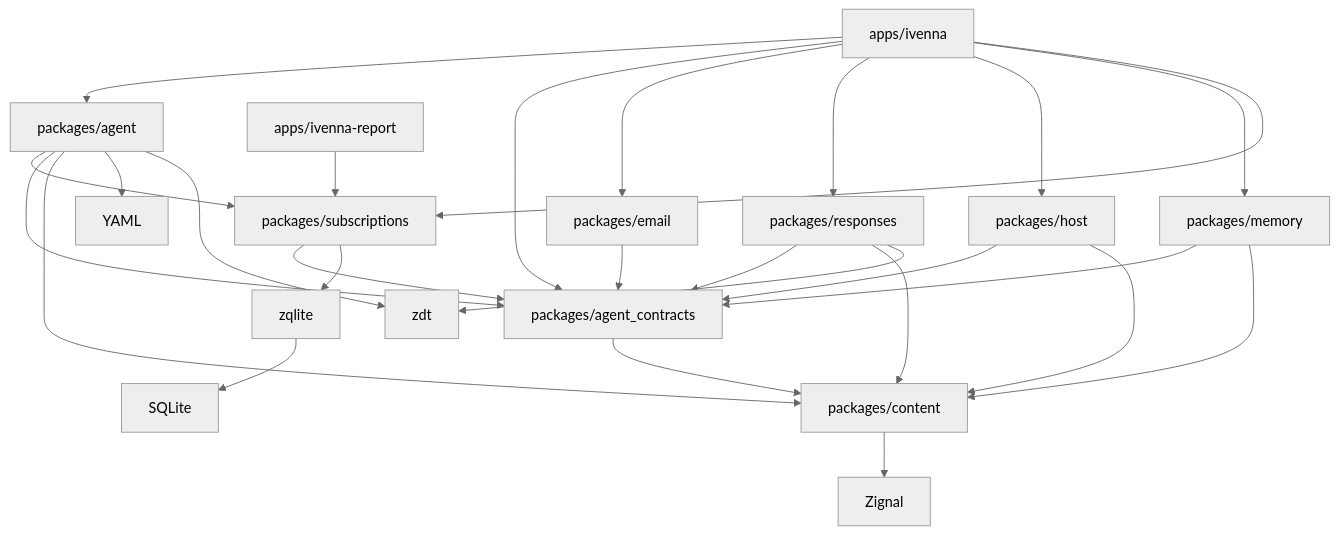
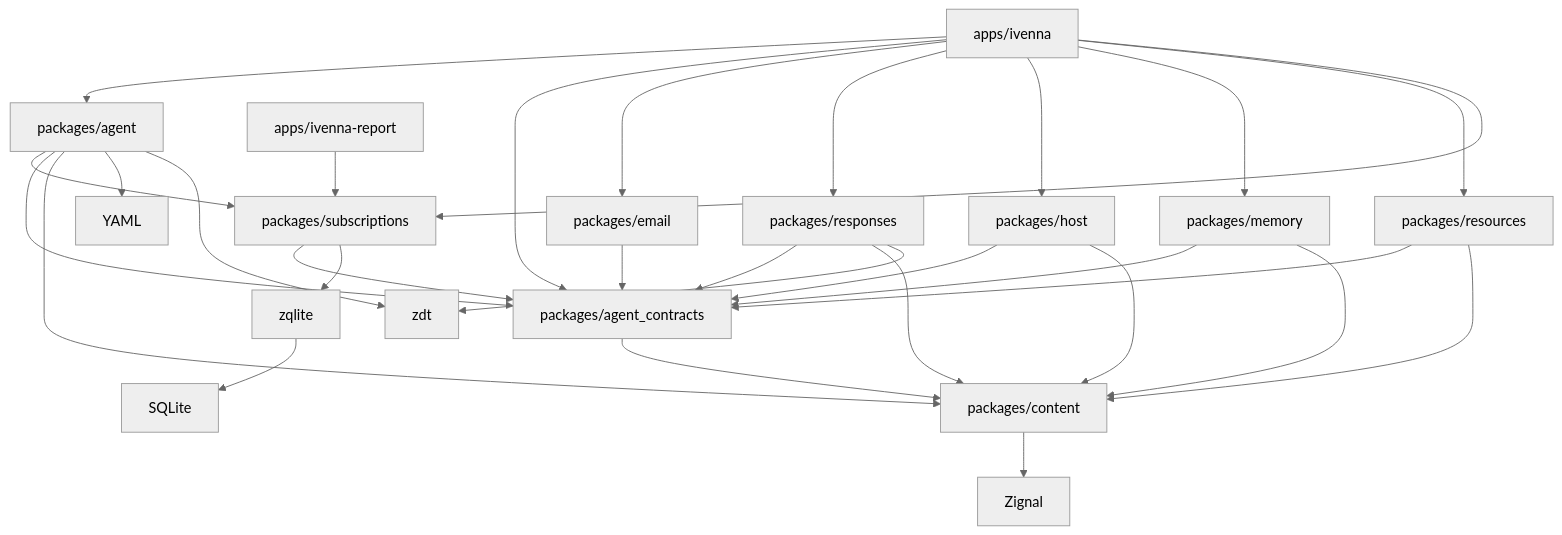
One commit to Ivenna/Ivenna changed the diagram in docs/architecture.md. Above: the diagram before and after it, drawn with Mermaid (neutral theme). The commit also changed other lines of this file and 56 other files, not shown here.

````diff
--- a/docs/architecture.md
+++ b/docs/architecture.md
@@ -27,29 +28,32 @@
 ```mermaid
 flowchart TD
     App[apps/ivenna] --> Agent[packages/agent]
     App --> Contracts[packages/agent_contracts]
     App --> Email[packages/email]
     App --> Responses[packages/responses]
     App --> Host[packages/host]
     App --> Memory[packages/memory]
+    App --> Resources[packages/resources]
     App --> Subscriptions[packages/subscriptions]
     Report[apps/ivenna-report] --> Subscriptions
     Agent --> Subscriptions
     Subscriptions --> Contracts
     Subscriptions --> Zqlite[zqlite]
     Zqlite --> SQLite[SQLite]
     Agent --> Contracts
     Email --> Contracts
     Responses --> Contracts
     Host --> Contracts
     Memory --> Contracts
     Host --> Content[packages/content]
     Memory --> Content
+    Resources --> Contracts
+    Resources --> Content
     Responses --> Content
     Agent --> Content
     Contracts --> Content
     Content --> Zignal[Zignal]
     Agent --> YAML[YAML]
     Agent --> Zdt[zdt]
     Responses --> Zdt
 ```
````
